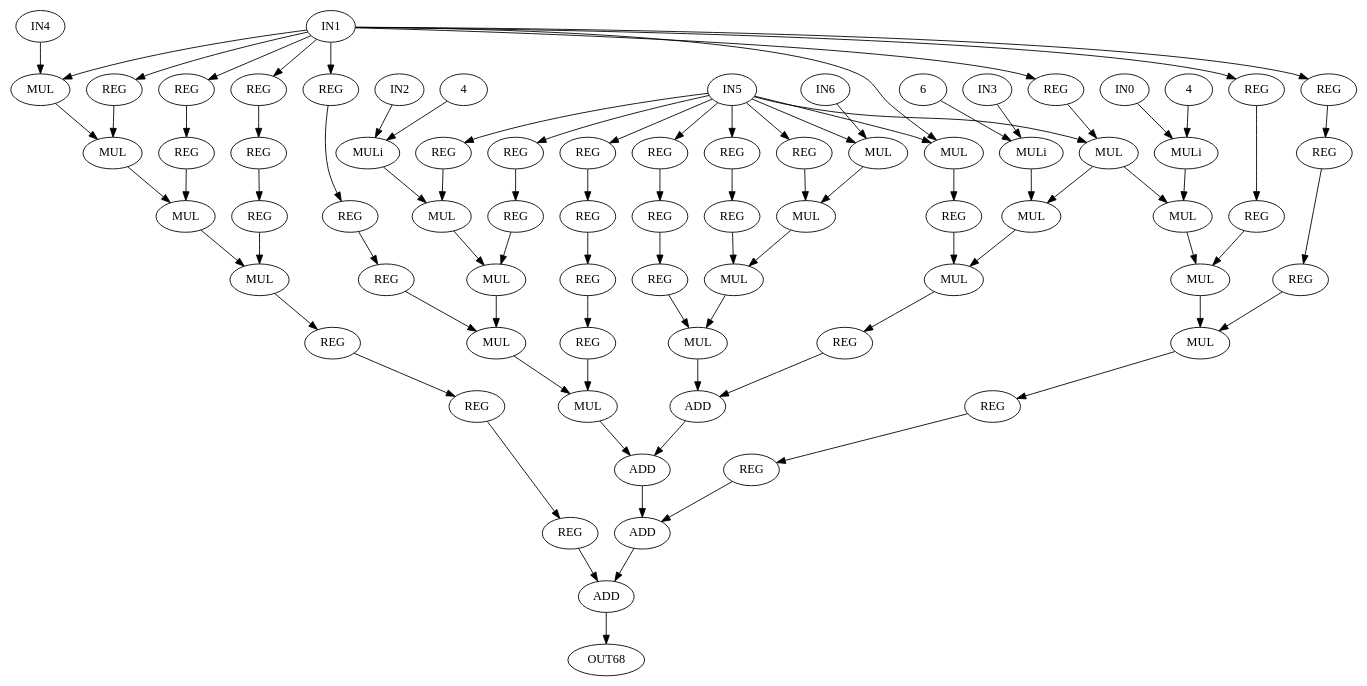
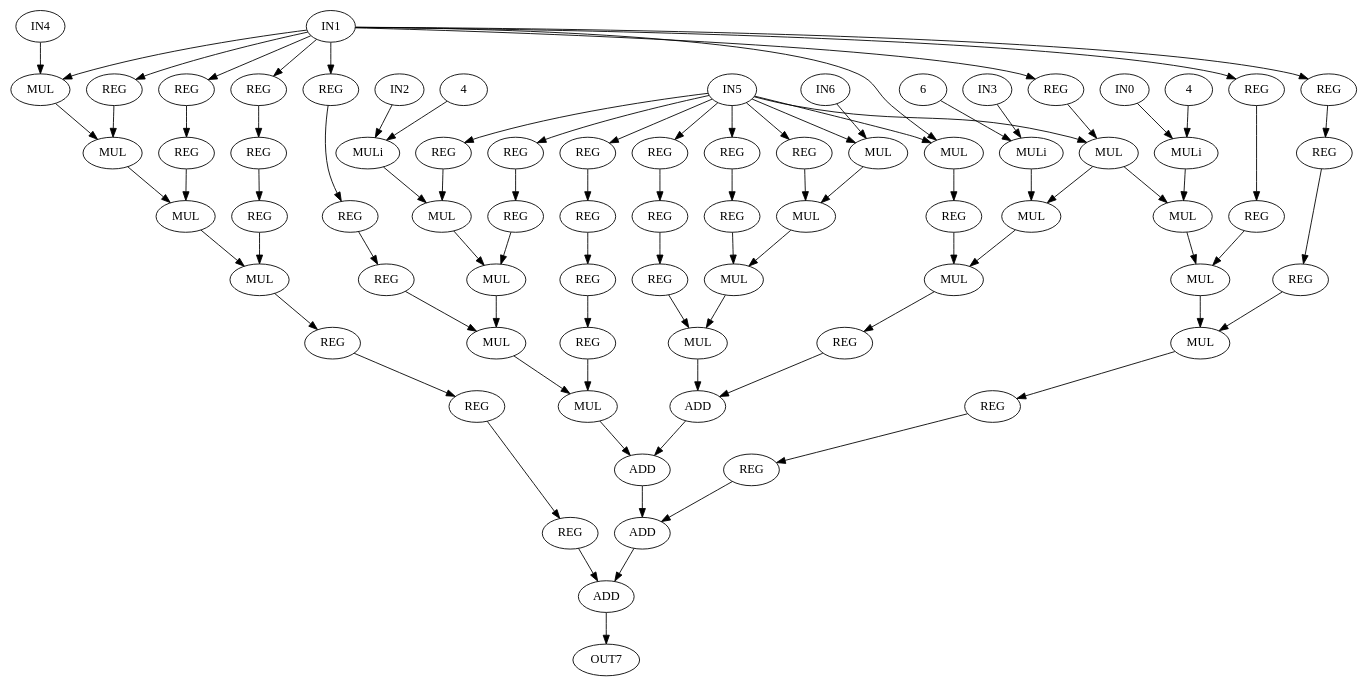
Before and after one commit to lesc-ufv/fdam: the diagram in fdam-samples/fdam-cgra-samples/cgra_128_radix8/sw/cpp/dot_dataflows/qspline.dot, drawn with Graphviz. The commit also changed 5 other files, not shown here.

```diff
--- a/fdam-samples/fdam-cgra-samples/cgra_128_radix8/sw/cpp/dot_dataflows/qspline.dot
+++ b/fdam-samples/fdam-cgra-samples/cgra_128_radix8/sw/cpp/dot_dataflows/qspline.dot
@@ -1,162 +1,162 @@
-digraph Qslpine{
+digraph qslpine{
  0 [ label = IN0 ]
  1 [ label = IN1 ]
  2 [ label = IN2 ]
  3 [ label = IN3 ]
  4 [ label = IN4 ]
  5 [ label = IN5 ]
  6 [ label = IN6 ]
- 7 [ label = REG]
+ 7 [ label = OUT7 ]
  8 [ label = REG]
  9 [ label = REG]
  10 [ label = REG]
  11 [ label = REG]
  12 [ label = REG]
  13 [ label = REG]
  14 [ label = REG]
  15 [ label = REG]
  16 [ label = REG]
  17 [ label = REG]
  18 [ label = REG]
  19 [ label = REG]
  20 [ label = REG]
  21 [ label = REG]
  22 [ label = REG]
  23 [ label = REG]
  24 [ label = REG]
  25 [ label = REG]
  26 [ label = REG]
  27 [ label = REG]
  28 [ label = REG]
  29 [ label = REG]
  30 [ label = REG]
  31 [ label = REG]
  32 [ label = REG]
  33 [ label = REG]
  34 [ label = REG]
  35 [ label = REG]
  36 [ label = REG]
  37 [ label = REG]
  38 [ label = REG]
  39 [ label = REG]
  40 [ label = REG]
  41 [ label = REG]
- 42 [ label = MUL]
+ 42 [ label = REG]
  43 [ label = MUL]
  44 [ label = MUL]
  45 [ label = MUL]
  46 [ label = MUL]
  47 [ label = MUL]
  48 [ label = MUL]
  49 [ label = MUL]
  50 [ label = MUL]
  51 [ label = MUL]
  52 [ label = MUL]
  53 [ label = MUL]
  54 [ label = MUL]
  55 [ label = MUL]
  56 [ label = MUL]
  57 [ label = MUL]
  58 [ label = MUL]
  59 [ label = MUL]
  60 [ label = MUL]
- 61 [ label = ADD]
+ 61 [ label = MUL]
  62 [ label = ADD]
  63 [ label = ADD]
  64 [ label = ADD]
- 65 [ label = MULi, VALUE = 6]
- "65.6"[ label = 6 ]
- 66 [ label = MULi, VALUE = 4]
- "66.4"[ label = 4 ]
+ 65 [ label = ADD]
+ 66 [ label = MULi, VALUE = 6]
+ "66.6"[ label = 6 ]
  67 [ label = MULi, VALUE = 4]
  "67.4"[ label = 4 ]
- 68 [ label = OUT68 ]
- 0 -> 66
- 1 -> 45
- 1 -> 7
- 1 -> 10
+ 68 [ label = MULi, VALUE = 4]
+ "68.4"[ label = 4 ]
+ 0 -> 67
+ 1 -> 46
+ 1 -> 8
  1 -> 11
- 1 -> 13
- 1 -> 16
- 1 -> 19
- 1 -> 50
- 1 -> 21
- 2 -> 67
- 3 -> 65
- 4 -> 45
- 5 -> 50
+ 1 -> 12
+ 1 -> 14
+ 1 -> 17
+ 1 -> 20
+ 1 -> 51
+ 1 -> 22
+ 2 -> 68
+ 3 -> 66
+ 4 -> 46
  5 -> 51
- 5 -> 55
- 5 -> 27
+ 5 -> 52
+ 5 -> 56
  5 -> 28
- 5 -> 30
- 5 -> 33
- 5 -> 37
- 5 -> 39
- 6 -> 55
- 7 -> 8
+ 5 -> 29
+ 5 -> 31
+ 5 -> 34
+ 5 -> 38
+ 5 -> 40
+ 6 -> 56
  8 -> 9
- 9 -> 42
- 10 -> 44
- 11 -> 12
- 12 -> 46
- 13 -> 14
+ 9 -> 10
+ 10 -> 43
+ 11 -> 45
+ 12 -> 13
+ 13 -> 47
  14 -> 15
- 15 -> 47
- 16 -> 17
+ 15 -> 16
+ 16 -> 48
  17 -> 18
- 18 -> 53
- 19 -> 20
- 20 -> 49
- 21 -> 51
- 22 -> 40
- 23 -> 24
- 24 -> 64
- 25 -> 43
- 26 -> 62
- 27 -> 56
- 28 -> 29
- 29 -> 57
- 30 -> 31
+ 18 -> 19
+ 19 -> 54
+ 20 -> 21
+ 21 -> 50
+ 22 -> 52
+ 23 -> 41
+ 24 -> 25
+ 25 -> 65
+ 26 -> 44
+ 27 -> 63
+ 28 -> 57
+ 29 -> 30
+ 30 -> 58
  31 -> 32
- 32 -> 58
- 33 -> 34
+ 32 -> 33
+ 33 -> 59
  34 -> 35
  35 -> 36
- 36 -> 54
- 37 -> 38
- 38 -> 59
+ 36 -> 37
+ 37 -> 55
+ 38 -> 39
  39 -> 60
- 40 -> 41
- 41 -> 61
- 42 -> 22
- 43 -> 26
- 44 -> 46
- 45 -> 44
- 46 -> 42
- 47 -> 23
- 48 -> 49
- 49 -> 47
- 50 -> 25
- 51 -> 52
- 51 -> 48
- 52 -> 43
- 53 -> 54
- 54 -> 63
- 55 -> 56
+ 40 -> 61
+ 41 -> 42
+ 42 -> 62
+ 43 -> 23
+ 44 -> 27
+ 45 -> 47
+ 46 -> 45
+ 47 -> 43
+ 48 -> 24
+ 49 -> 50
+ 50 -> 48
+ 51 -> 26
+ 52 -> 53
+ 52 -> 49
+ 53 -> 44
+ 54 -> 55
+ 55 -> 64
  56 -> 57
  57 -> 58
- 58 -> 62
- 59 -> 53
- 60 -> 59
- 61 -> 68
- 62 -> 63
+ 58 -> 59
+ 59 -> 63
+ 60 -> 54
+ 61 -> 60
+ 62 -> 7
  63 -> 64
- 64 -> 61
- "65.6" -> 65
- 65 -> 52
- "66.4" -> 66
- 66 -> 48
+ 64 -> 65
+ 65 -> 62
+ "66.6" -> 66
+ 66 -> 53
  "67.4" -> 67
- 67 -> 60
+ 67 -> 49
+ "68.4" -> 68
+ 68 -> 61
 }
```
